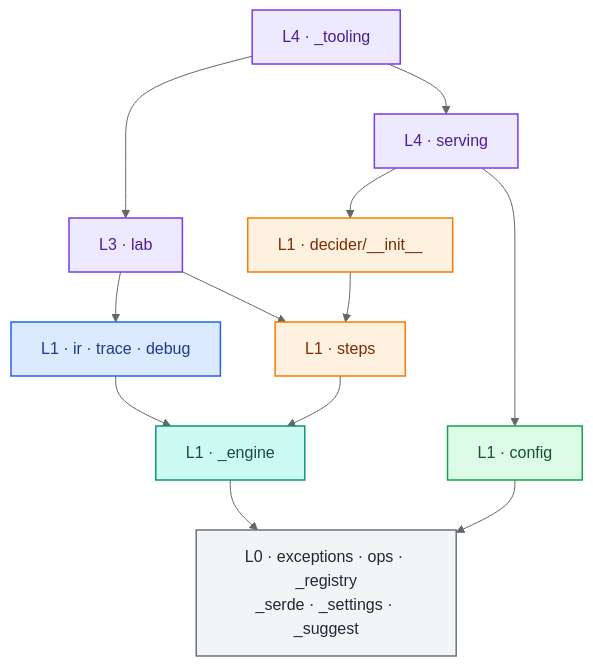
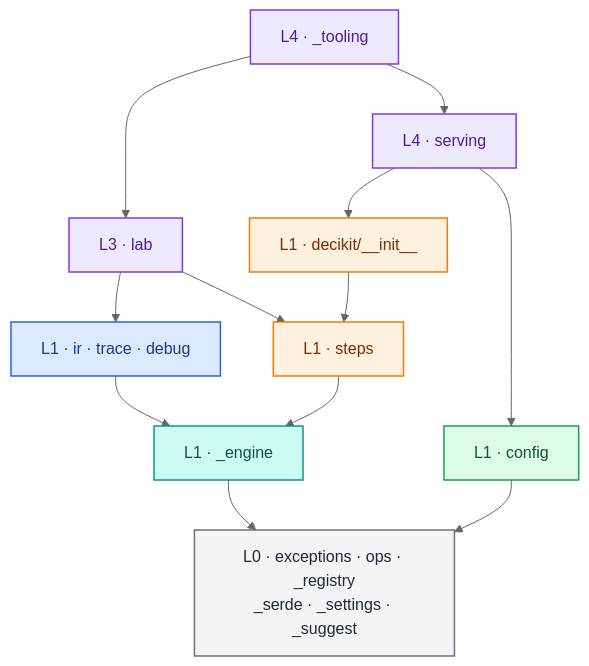
The first of 3 diagrams in docs/architecture/package-layout.md (capitec/dsp-decision-engine), drawn with Mermaid (neutral theme) before and after one commit. The commit also changed other lines of this file and 1292 other files, not shown here.

Commit message:
rename decider to decikit: package, CLI, DECIKIT_* settings, plugin, extension, docs prose says decider toolkit

````diff
--- a/docs/architecture/package-layout.md
+++ b/docs/architecture/package-layout.md
@@ -67,20 +67,20 @@
 ```mermaid
 flowchart TB
     tooling["L4 · _tooling"]:::tool --> serving["L4 · serving"]:::tool
     tooling --> lab["L3 · lab"]:::tool
-    serving --> init["L1 · decider/__init__"]:::authoring
+    serving --> init["L1 · decikit/__init__"]:::authoring
     lab --> facades["L1 · ir · trace · debug"]:::ir
     lab --> steps
     init --> steps["L1 · steps"]:::authoring
     facades --> engine["L1 · _engine"]:::engine
     steps --> engine
     serving --> config["L1 · config"]:::data
     engine --> found["L0 · exceptions · ops · _registry<br/>_serde · _settings · _suggest"]:::neutral
     config --> found
     classDef authoring fill:#fff1e0,stroke:#f57c00,color:#7c2d00,stroke-width:1.5px;
     classDef ir fill:#dbeafe,stroke:#2563eb,color:#1e3a8a,stroke-width:1.5px;
     classDef engine fill:#ccfbf1,stroke:#0d9488,color:#134e4a,stroke-width:1.5px;
     classDef data fill:#dcfce7,stroke:#16a34a,color:#14532d,stroke-width:1.5px;
     classDef tool fill:#ede9fe,stroke:#7c3aed,color:#4c1d95,stroke-width:1.5px;
     classDef neutral fill:#f3f4f6,stroke:#6b7280,color:#1f2937,stroke-width:1.5px;
 ```
````
